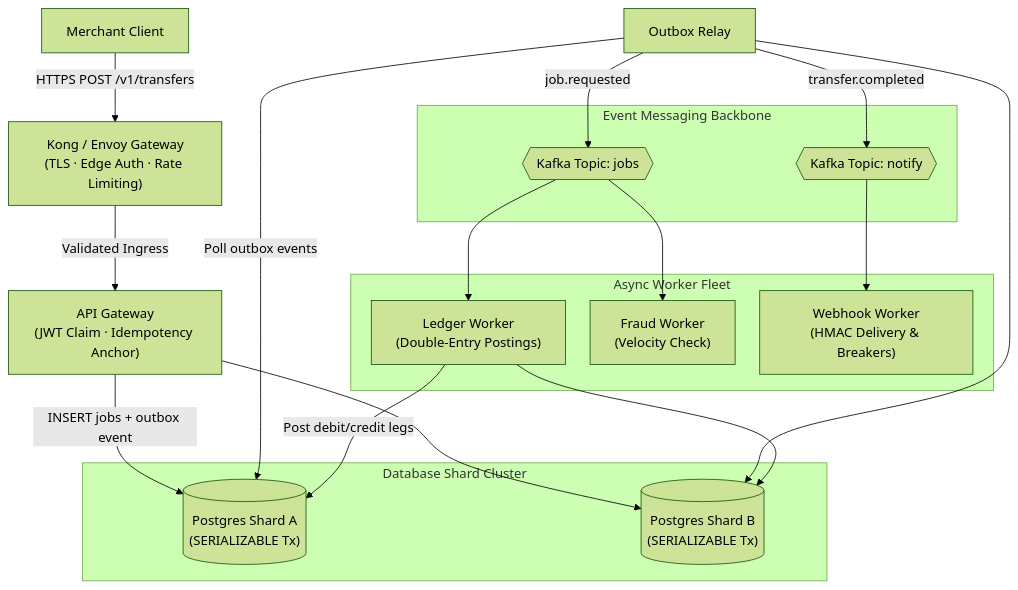
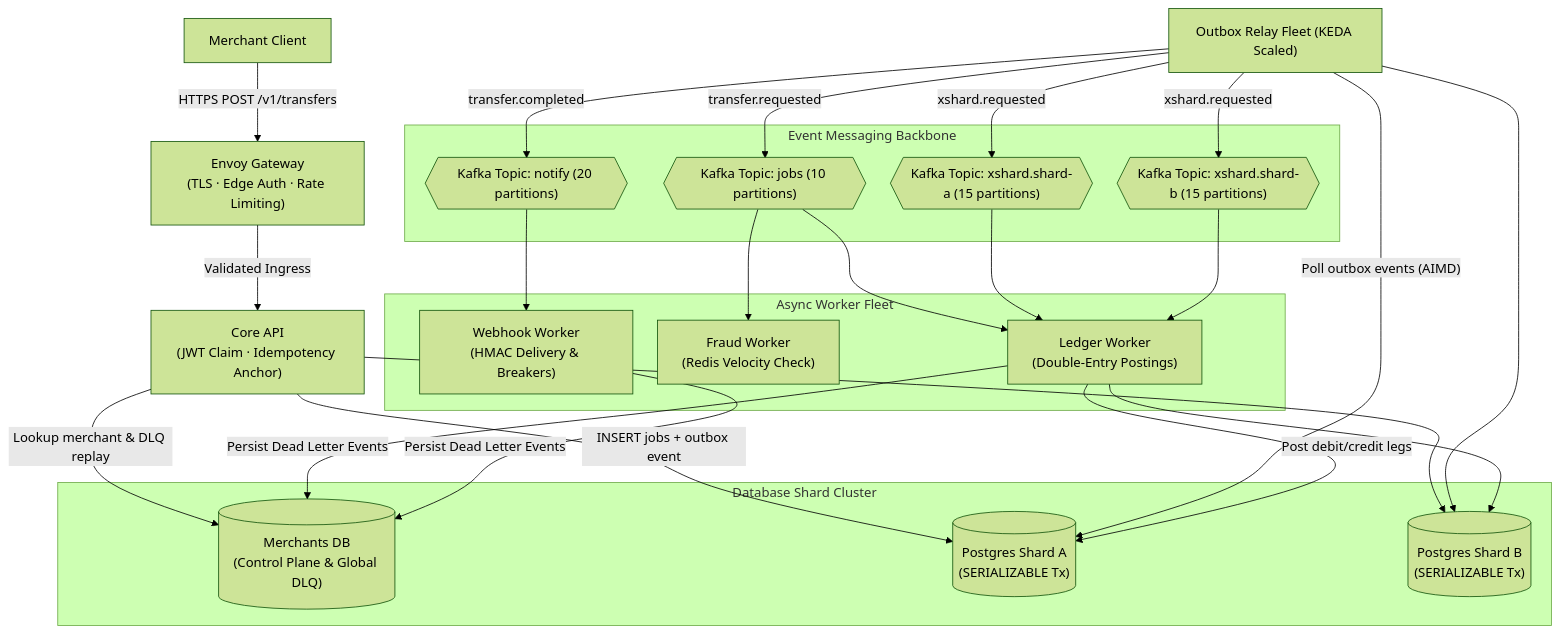
One commit to Joel-Ajayi/river-rust-queue changed the diagram in README.md. Above: the diagram before and after it, drawn with Mermaid (forest theme). The commit also changed other lines of this file and 4 other files, not shown here.

````diff
--- a/README.md
+++ b/README.md
@@ -30,43 +30,53 @@
 ```mermaid
 %%{init: {"flowchart": {"useMaxWidth": true, "nodeSpacing": 30, "rankSpacing": 40}}}%%
 graph TD
   merchant["Merchant Client"]
-  kong["Kong / Envoy Gateway<br/>(TLS · Edge Auth · Rate Limiting)"]
-  gateway["API Gateway<br/>(JWT Claim · Idempotency Anchor)"]
+  kong["Envoy Gateway<br/>(TLS · Edge Auth · Rate Limiting)"]
+  gateway["Core API<br/>(JWT Claim · Idempotency Anchor)"]
 
   merchant -->|HTTPS POST /v1/transfers| kong
   kong -->|Validated Ingress| gateway
 
   subgraph Database Shard Cluster
+    merchantsDB[("Merchants DB<br/>(Control Plane & Global DLQ)")]
     shardA[("Postgres Shard A<br/>(SERIALIZABLE Tx)")]
     shardB[("Postgres Shard B<br/>(SERIALIZABLE Tx)")]
   end
 
+  gateway -->|"Lookup merchant & DLQ replay"| merchantsDB
   gateway -->|"INSERT jobs + outbox event"| shardA
   gateway --> shardB
 
-  relay["Outbox Relay"]
-  relay -->|"Poll outbox events"| shardA
+  relay["Outbox Relay Fleet (KEDA Scaled)"]
+  relay -->|"Poll outbox events (AIMD)"| shardA
   relay --> shardB
 
   subgraph Event Messaging Backbone
-    jobsTopic{{"Kafka Topic: jobs"}}
-    notifyTopic{{"Kafka Topic: notify"}}
+    jobsTopic{{"Kafka Topic: jobs (10 partitions)"}}
+    notifyTopic{{"Kafka Topic: notify (20 partitions)"}}
+    xshardATopic{{"Kafka Topic: xshard.shard-a (15 partitions)"}}
+    xshardBTopic{{"Kafka Topic: xshard.shard-b (15 partitions)"}}
   end
 
-  relay -->|job.requested| jobsTopic
+  relay -->|transfer.requested| jobsTopic
   relay -->|transfer.completed| notifyTopic
+  relay -->|xshard.requested| xshardATopic
+  relay -->|xshard.requested| xshardBTopic
 
   subgraph Async Worker Fleet
     ledgerWorker["Ledger Worker<br/>(Double-Entry Postings)"]
-    fraudWorker["Fraud Worker<br/>(Velocity Check)"]
+    fraudWorker["Fraud Worker<br/>(Redis Velocity Check)"]
     webhookWorker["Webhook Worker<br/>(HMAC Delivery & Breakers)"]
   end
 
   jobsTopic --> ledgerWorker
   jobsTopic --> fraudWorker
   notifyTopic --> webhookWorker
+  xshardATopic --> ledgerWorker
+  xshardBTopic --> ledgerWorker
 
   ledgerWorker -->|"Post debit/credit legs"| shardA
   ledgerWorker --> shardB
+  ledgerWorker -->|"Persist Dead Letter Events"| merchantsDB
+  webhookWorker -->|"Persist Dead Letter Events"| merchantsDB
 ```
````
